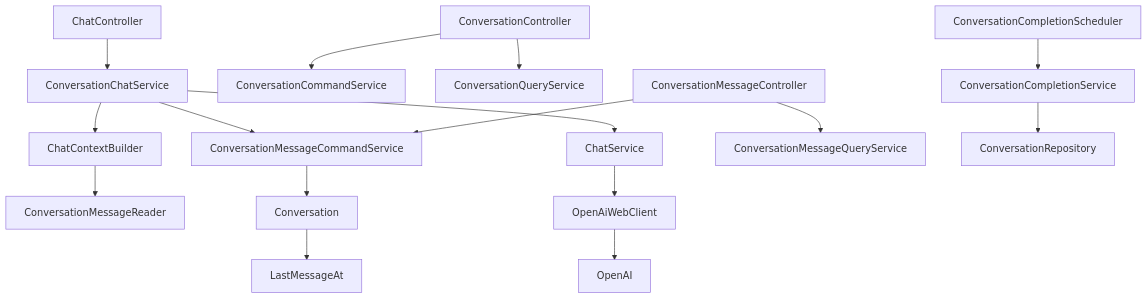
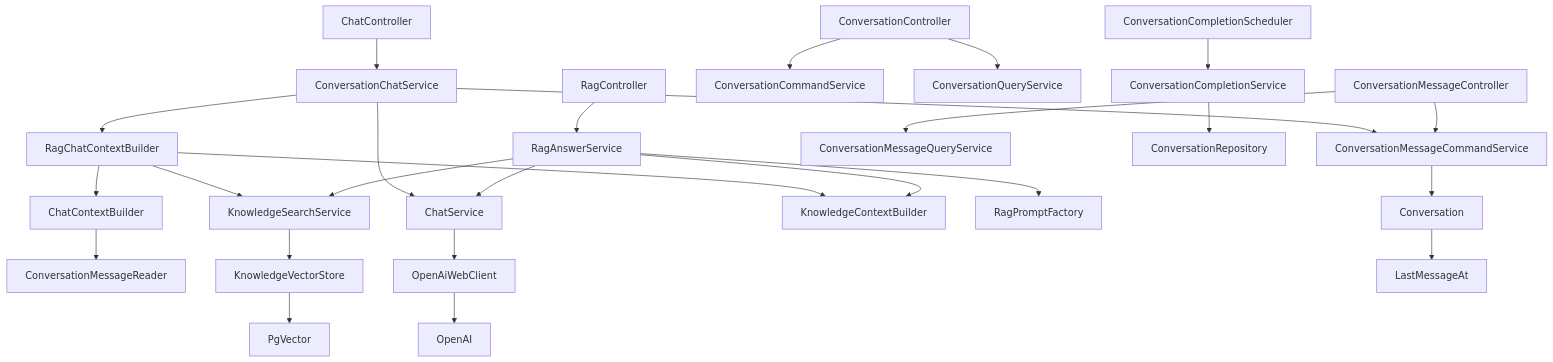
One commit to keunoh/feldbuch changed the first of 4 diagrams in docs/FELDBUCH_DEVELOPMENT_DOCUMENTATION.md. Above: the diagram before and after it, drawn with Mermaid. The commit also changed other lines of this file and 43 other files, not shown here.

First line of the commit message:
feat: 사용자 Knowledge 기반 RAG 기능 구현 (#3)

````diff
--- a/docs/FELDBUCH_DEVELOPMENT_DOCUMENTATION.md
+++ b/docs/FELDBUCH_DEVELOPMENT_DOCUMENTATION.md
@@ -394,19 +416,30 @@
 ```mermaid
 flowchart TD
     ChatController --> ConversationChatService
     ConversationChatService --> ConversationMessageCommandService
-    ConversationChatService --> ChatContextBuilder
+    ConversationChatService --> RagChatContextBuilder
     ConversationChatService --> ChatService
+    RagChatContextBuilder --> ChatContextBuilder
+    RagChatContextBuilder --> KnowledgeSearchService
+    RagChatContextBuilder --> KnowledgeContextBuilder
     ChatContextBuilder --> ConversationMessageReader
+    KnowledgeSearchService --> KnowledgeVectorStore
+    KnowledgeVectorStore --> PgVector
     ChatService --> OpenAiWebClient
     OpenAiWebClient --> OpenAI
+
+    RagController --> RagAnswerService
+    RagAnswerService --> KnowledgeSearchService
+    RagAnswerService --> KnowledgeContextBuilder
+    RagAnswerService --> RagPromptFactory
+    RagAnswerService --> ChatService
 
     ConversationController --> ConversationCommandService
     ConversationController --> ConversationQueryService
     ConversationMessageController --> ConversationMessageCommandService
     ConversationMessageController --> ConversationMessageQueryService
     ConversationCompletionScheduler --> ConversationCompletionService
     ConversationCompletionService --> ConversationRepository
     ConversationMessageCommandService --> Conversation
     Conversation --> LastMessageAt
 ```
````
